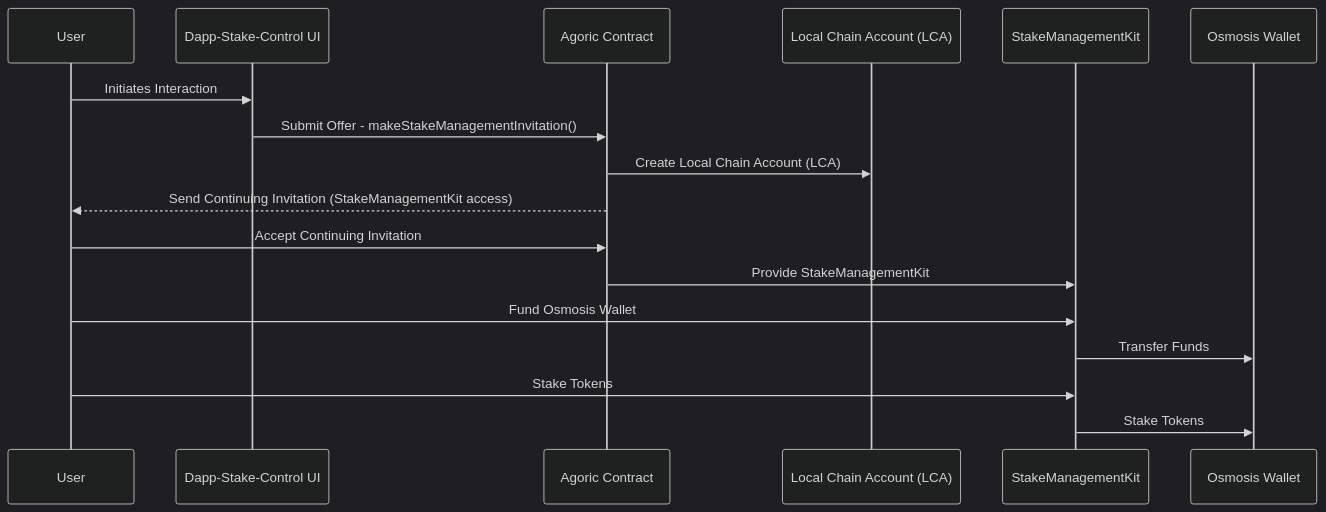
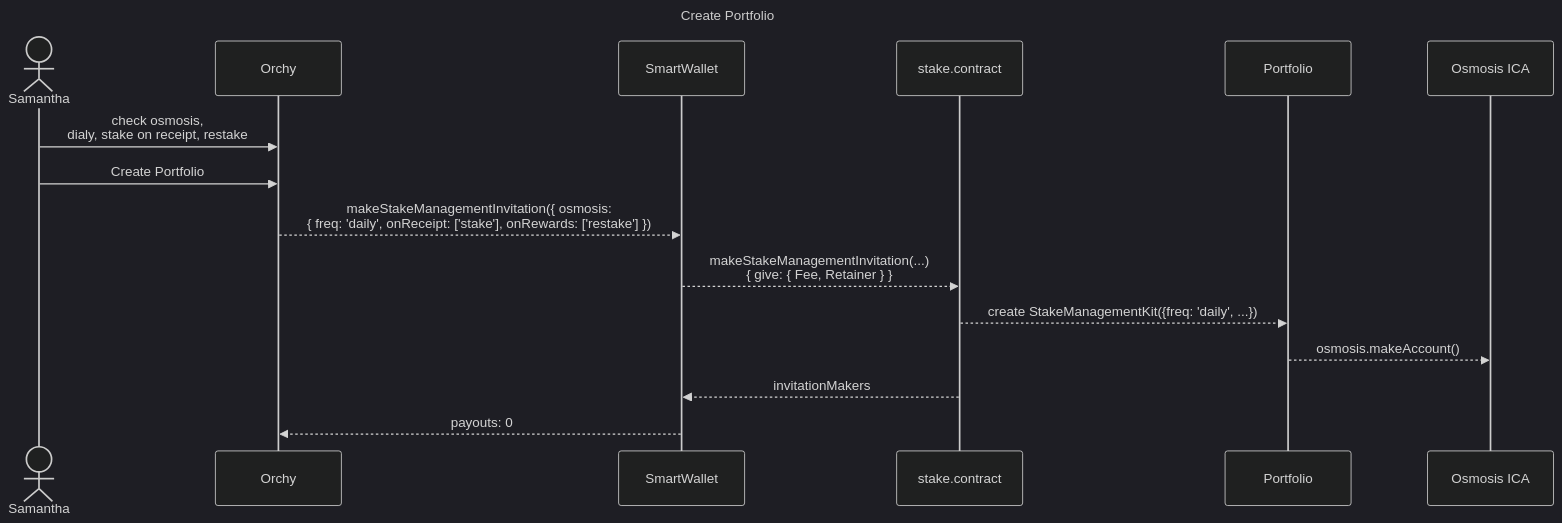
One commit to agoric-labs/dapp-stake-control changed the diagram in docs/stake-management.mmd. Above: the diagram before and after it, drawn with Mermaid (dark theme).

Commit message:
docs: create portfolio diagram

```diff
--- a/docs/stake-management.mmd
+++ b/docs/stake-management.mmd
@@ -1,22 +1,17 @@
 sequenceDiagram
-    participant User
-    participant DappUI as Dapp-Stake-Control UI
-    participant Contract as Agoric Contract
-    participant LCA as Local Chain Account (LCA)
-    participant SMK as StakeManagementKit
-    participant OsmosisWallet as Osmosis Wallet
+    title: Create Portfolio
+    actor User as Samantha
+    participant DappUI as Orchy
+    participant sw as SmartWallet
+    participant Contract as stake.contract
+    participant SMK as Portfolio
+    participant OsmosisWallet as Osmosis ICA
 
-    User ->> DappUI: Initiates Interaction
-    DappUI ->> Contract: Submit Offer - makeStakeManagementInvitation()
-
-    Contract ->> LCA: Create Local Chain Account (LCA)
-    Contract -->> User: Send Continuing Invitation (StakeManagementKit access)
-
-    User ->> Contract: Accept Continuing Invitation
-    Contract ->> SMK: Provide StakeManagementKit
-
-    User ->> SMK: Fund Osmosis Wallet
-    SMK ->> OsmosisWallet: Transfer Funds
-
-    User ->> SMK: Stake Tokens
-    SMK ->> OsmosisWallet: Stake Tokens
+    User ->> DappUI: check osmosis,<br/>dialy, stake on receipt, restake
+    User ->> DappUI: Create Portfolio
+    DappUI -->> sw: makeStakeManagementInvitation({ osmosis:<br/> { freq: 'daily', onReceipt: ['stake'], onRewards: ['restake'] })
+    sw -->> Contract: makeStakeManagementInvitation(...)<br/> { give: { Fee, Retainer } }
+    Contract -->> SMK: create StakeManagementKit({freq: 'daily', ...})
+    SMK -->> OsmosisWallet: osmosis.makeAccount()
+    Contract -->> sw: invitationMakers
+    sw -->> DappUI: payouts: 0
```
